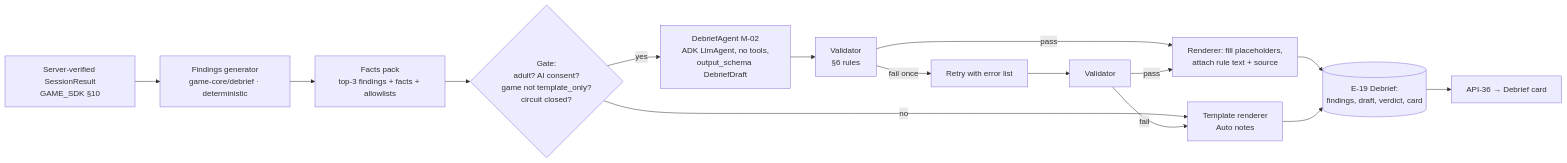
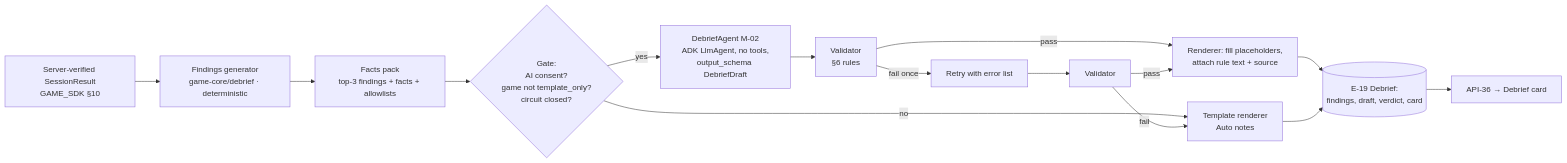
Before and after one commit to sruj08/margadarshak: the first of 2 diagrams in docs/09-learning-games/DEBRIEF_SPEC.md, drawn with Mermaid. The commit also changed other lines of this file and 1326 other files, not shown here.

````diff
--- a/docs/09-learning-games/DEBRIEF_SPEC.md
+++ b/docs/09-learning-games/DEBRIEF_SPEC.md
@@ -29,17 +29,17 @@
 ```mermaid
 flowchart LR
   A[Server-verified SessionResult<br/>GAME_SDK §10] --> B[Findings generator<br/>game-core/debrief · deterministic]
   B --> C[Facts pack<br/>top-3 findings + facts + allowlists]
-  C --> D{Gate:<br/>adult? AI consent?<br/>game not template_only?<br/>circuit closed?}
+  C --> D{Gate:<br/>AI consent?<br/>game not template_only?<br/>circuit closed?}
   D -- no --> T[Template renderer<br/>Auto notes]
   D -- yes --> E[DebriefAgent M-02<br/>ADK LlmAgent, no tools,<br/>output_schema DebriefDraft]
   E --> F[Validator<br/>§6 rules]
   F -- pass --> G[Renderer: fill placeholders,<br/>attach rule text + source]
   F -- fail once --> E2[Retry with error list]
   E2 --> F2[Validator]
   F2 -- pass --> G
   F2 -- fail --> T
   G --> H[(E-19 Debrief:<br/>findings, draft, verdict, card)]
   T --> H
   H --> I[API-36 → Debrief card]
 ```
````
